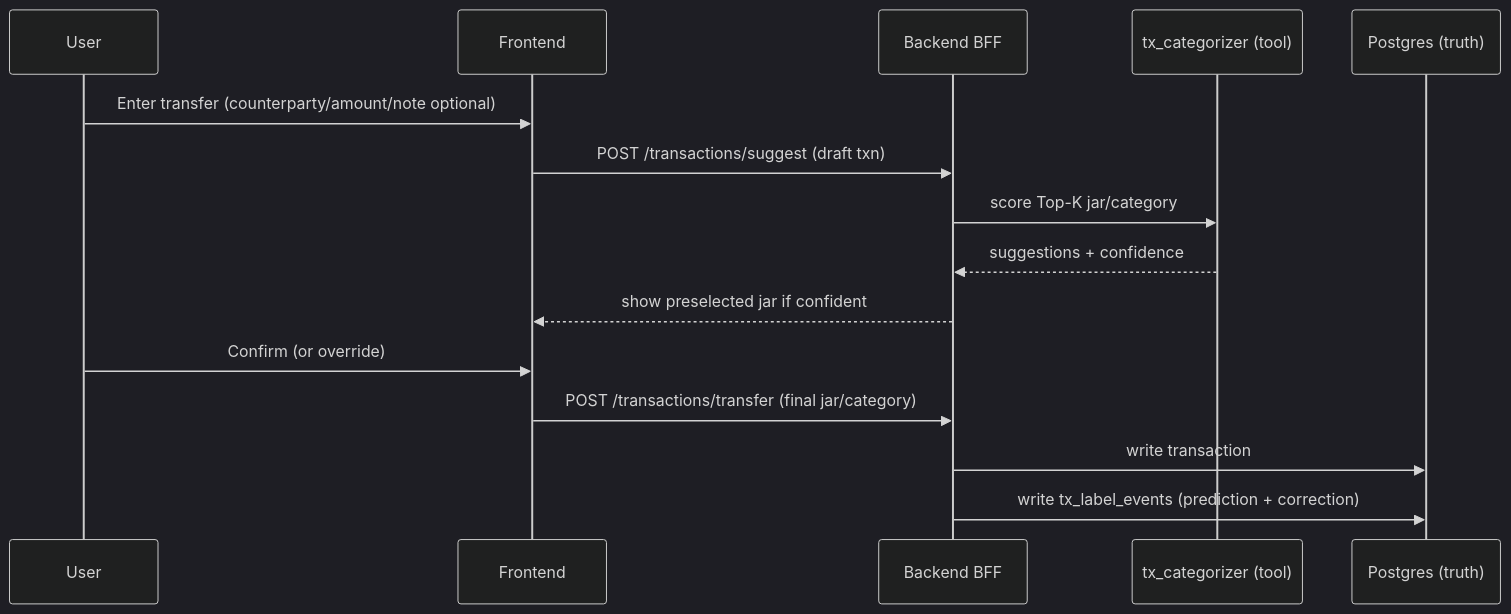
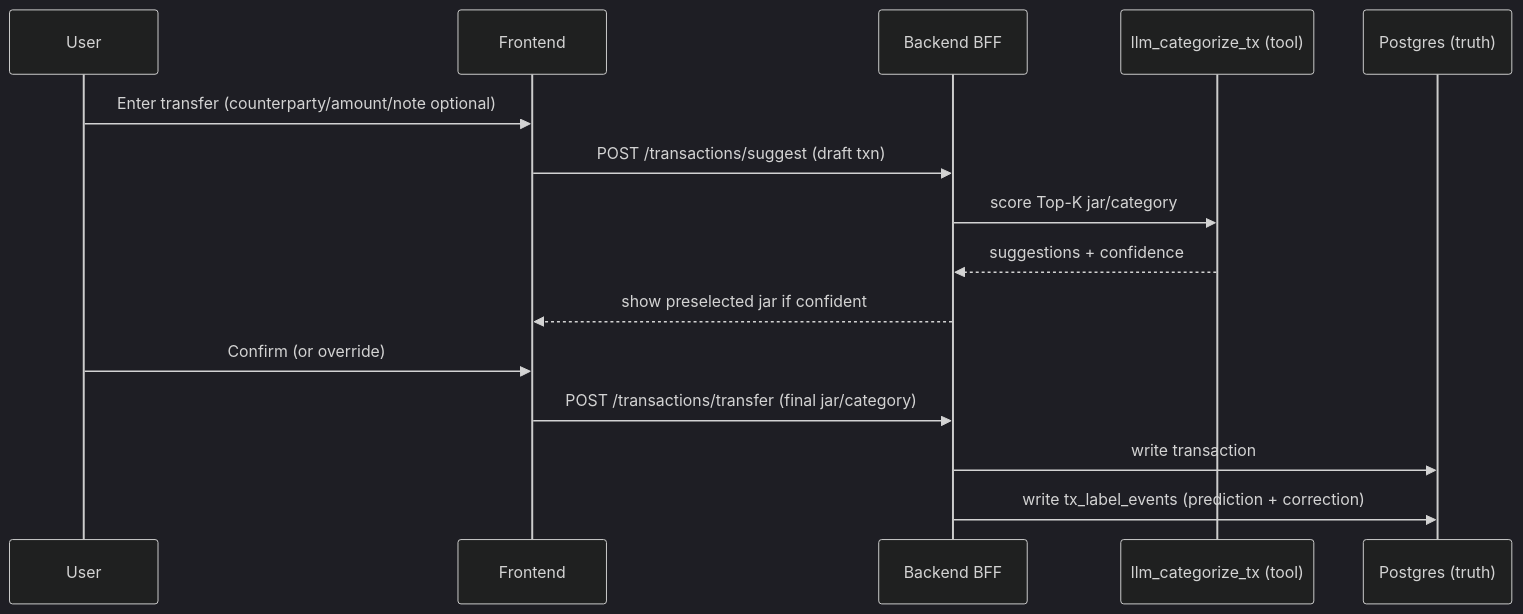
One commit to thphuc06/swin_hackathon changed the diagram in model_data_train.md. Above: the diagram before and after it, drawn with Mermaid (dark theme). The commit also changed other lines of this file and 12 other files, not shown here.

Commit message:
fix diagram logic + format

````diff
--- a/model_data_train.md
+++ b/model_data_train.md
@@ -161,18 +154,18 @@
 ```mermaid
 sequenceDiagram
   participant U as User
   participant UI as Frontend
   participant API as Backend BFF
-  participant CAT as tx_categorizer (tool)
+  participant CAT as llm_categorize_tx (tool)
   participant DB as Postgres (truth)
 
   U->>UI: Enter transfer (counterparty/amount/note optional)
   UI->>API: POST /transactions/suggest (draft txn)
   API->>CAT: score Top-K jar/category
   CAT-->>API: suggestions + confidence
   API-->>UI: show preselected jar if confident
   U->>UI: Confirm (or override)
   UI->>API: POST /transactions/transfer (final jar/category)
   API->>DB: write transaction
   API->>DB: write tx_label_events (prediction + correction)
 ```
````
